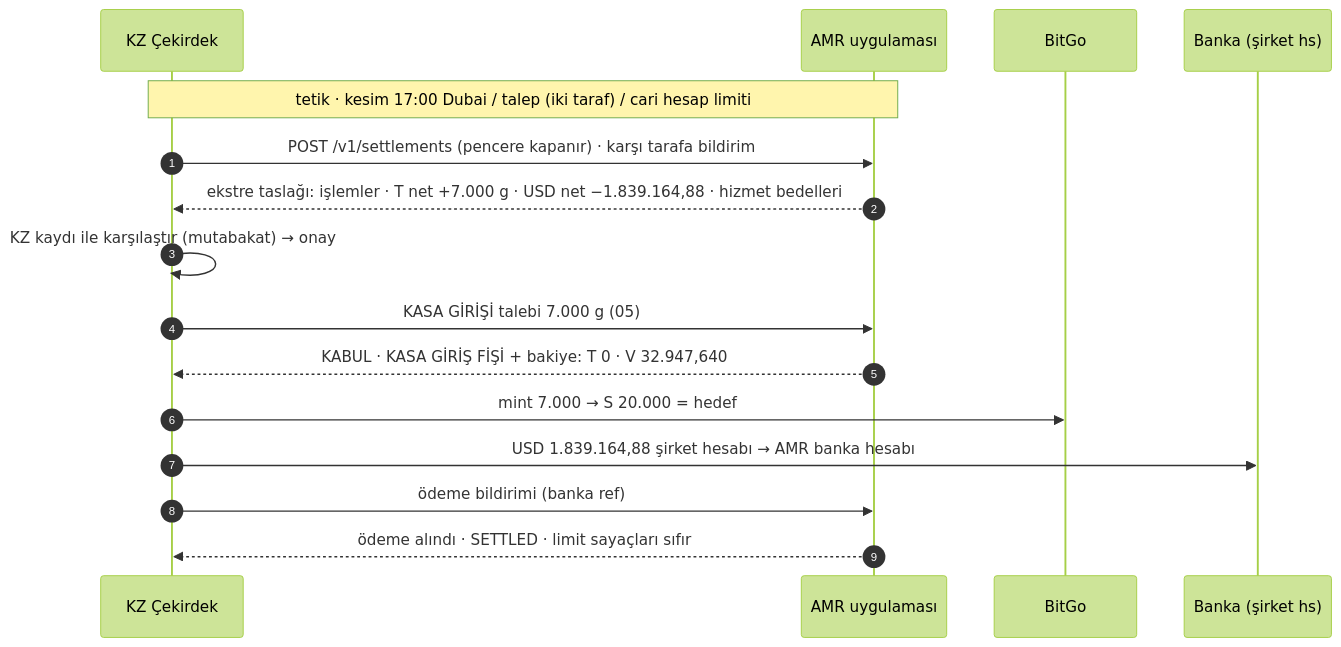
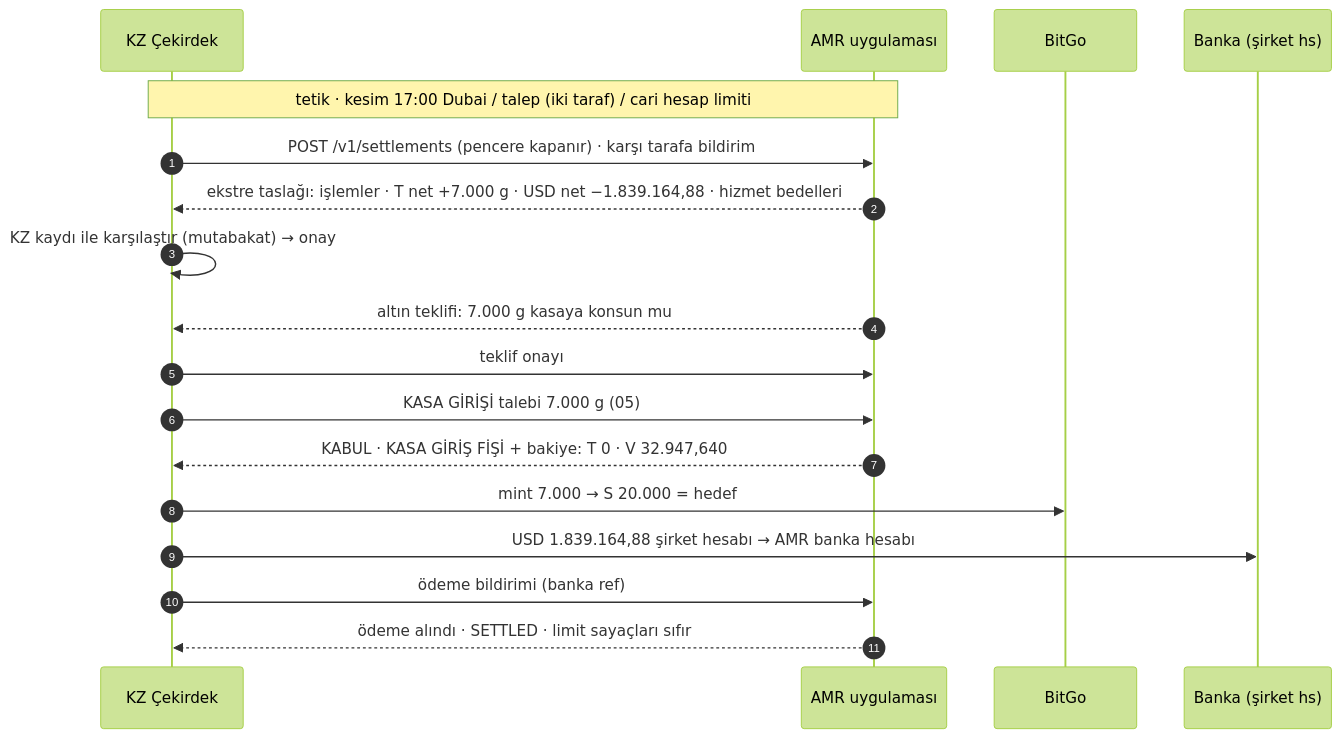
Diagram 16 of 18 in docs/KZ_AMR_Akislar.md (engincetin/amr-app), drawn with Mermaid (forest theme) before and after one commit. The commit also changed other lines of this file and 32 other files, not shown here.

First line of the commit message:
Mahsuplaşma sadeleşti: bacak bazlı pencere, kapsam ve altın teklifi

````diff
--- a/docs/KZ_AMR_Akislar.md
+++ b/docs/KZ_AMR_Akislar.md
@@ -464,18 +469,20 @@
 ```mermaid
 sequenceDiagram
   autonumber
   participant KZ as KZ Çekirdek
   participant R as AMR uygulaması
   participant B as BitGo
   participant BK as Banka (şirket hs)
   Note over KZ,R: tetik · kesim 17:00 Dubai / talep (iki taraf) / cari hesap limiti
   KZ->>R: POST /v1/settlements (pencere kapanır) · karşı tarafa bildirim
   R-->>KZ: ekstre taslağı: işlemler · T net +7.000 g · USD net −1.839.164,88 · hizmet bedelleri
   KZ->>KZ: KZ kaydı ile karşılaştır (mutabakat) → onay
+  R-->>KZ: altın teklifi: 7.000 g kasaya konsun mu
+  KZ->>R: teklif onayı
   KZ->>R: KASA GİRİŞİ talebi 7.000 g (05)
   R-->>KZ: KABUL · KASA GİRİŞ FİŞİ + bakiye: T 0 · V 32.947,640
   KZ->>B: mint 7.000 → S 20.000 = hedef
   KZ->>BK: USD 1.839.164,88 şirket hesabı → AMR banka hesabı
   KZ->>R: ödeme bildirimi (banka ref)
   R-->>KZ: ödeme alındı · SETTLED · limit sayaçları sıfır
 ```
````
